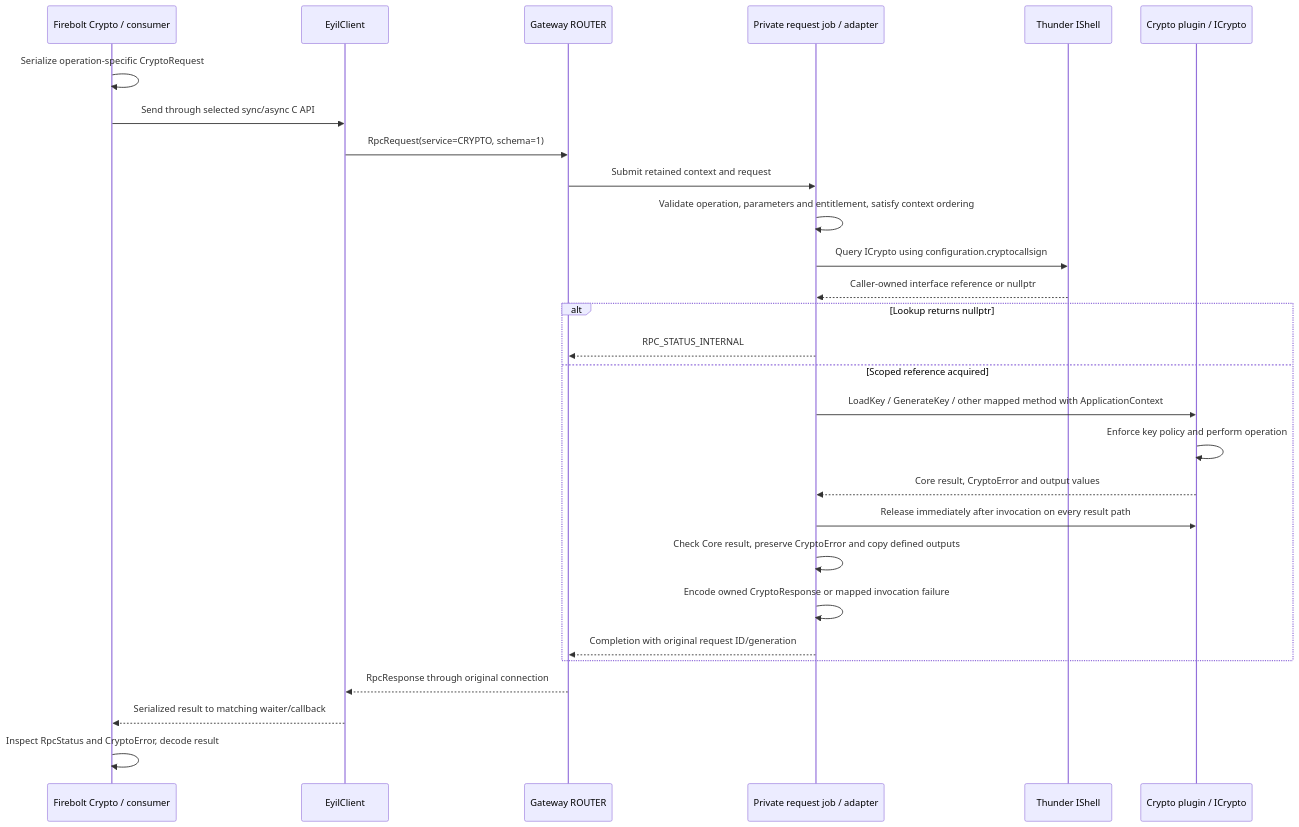
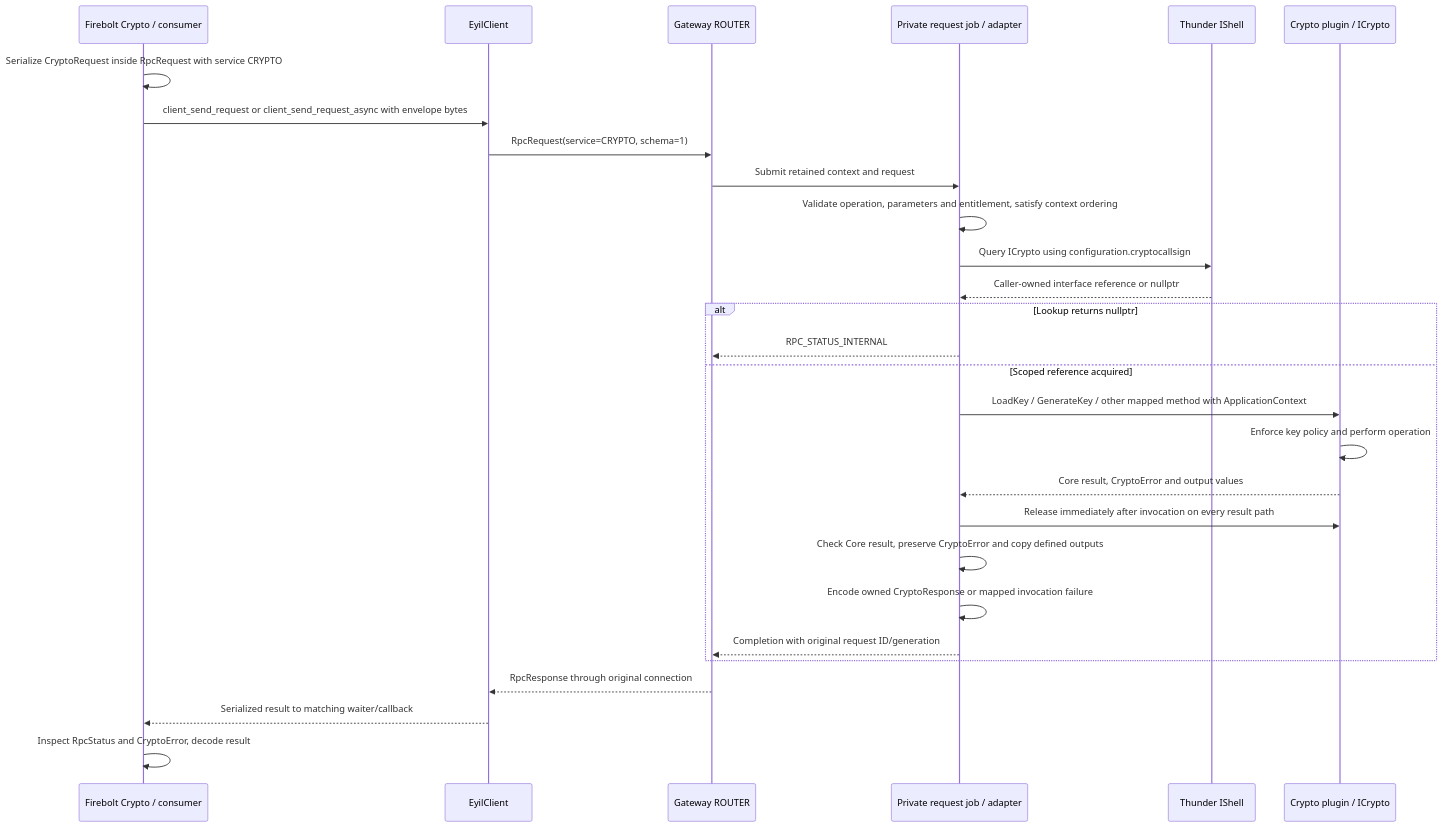
Diagram 21 of 35 in doc/EyilSecureGateway.md (rdkcentral/eyil-secure-gateway), drawn with Mermaid before and after one commit. The commit also changed other lines of this file, not shown here.

````diff
--- a/doc/EyilSecureGateway.md
+++ b/doc/EyilSecureGateway.md
@@ -2835,30 +3322,30 @@
 ```mermaid
 sequenceDiagram
     participant F as Firebolt Crypto / consumer
     participant L as EyilClient
     participant R as Gateway ROUTER
     participant J as Private request job / adapter
     participant T as Thunder IShell
     participant C as Crypto plugin / ICrypto
-    F->>F: Serialize operation-specific CryptoRequest
-    F->>L: Send through selected sync/async C API
+    F->>F: Serialize CryptoRequest inside RpcRequest with service CRYPTO
+    F->>L: client_send_request or client_send_request_async with envelope bytes
     L->>R: RpcRequest(service=CRYPTO, schema=1)
     R->>J: Submit retained context and request
     J->>J: Validate operation, parameters and entitlement, satisfy context ordering
     J->>T: Query ICrypto using configuration.cryptocallsign
     T-->>J: Caller-owned interface reference or nullptr
     alt Lookup returns nullptr
         J-->>R: RPC_STATUS_INTERNAL
     else Scoped reference acquired
         J->>C: LoadKey / GenerateKey / other mapped method with ApplicationContext
         C->>C: Enforce key policy and perform operation
         C-->>J: Core result, CryptoError and output values
         J->>C: Release immediately after invocation on every result path
         J->>J: Check Core result, preserve CryptoError and copy defined outputs
         J->>J: Encode owned CryptoResponse or mapped invocation failure
         J-->>R: Completion with original request ID/generation
     end
     R-->>L: RpcResponse through original connection
     L-->>F: Serialized result to matching waiter/callback
     F->>F: Inspect RpcStatus and CryptoError, decode result
 ```
````
